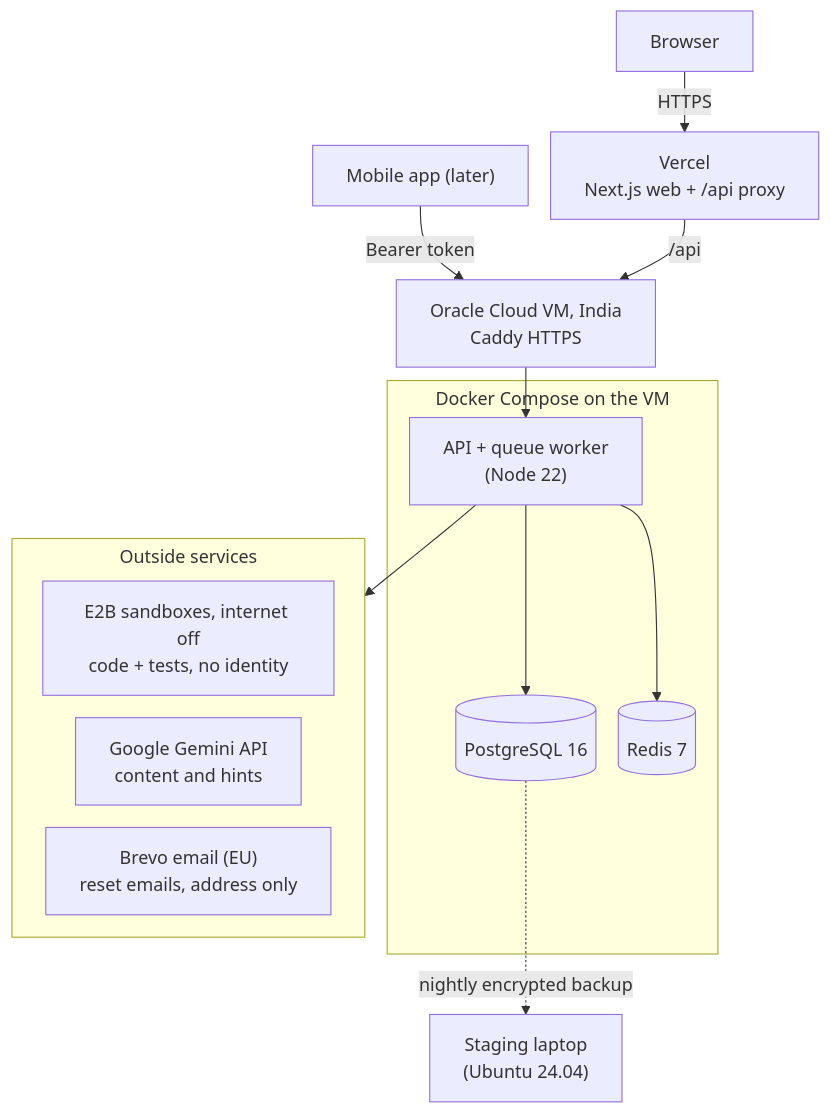
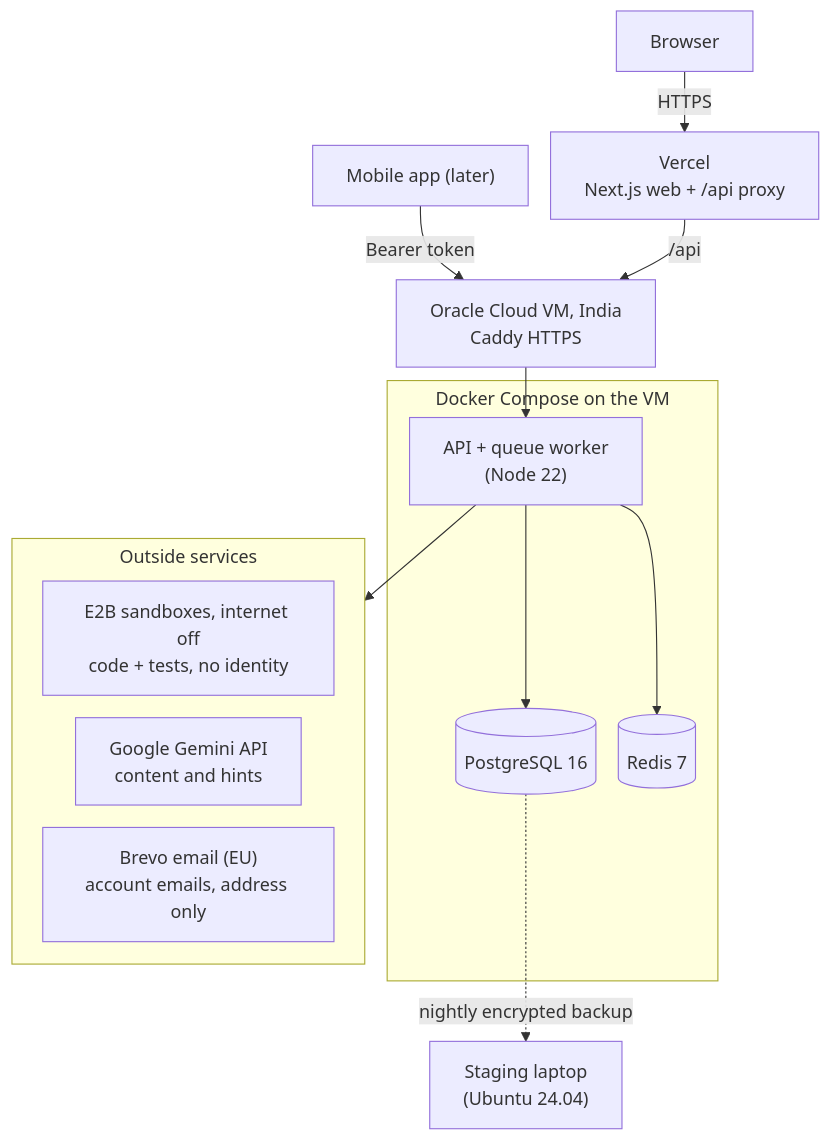
Before and after one commit to Nidanos/ai-tutor-platform: diagram 21 of 24 in DOCS/phase-3/MP3-Draft-Report.md, drawn with Mermaid. The commit also changed other lines of this file and 1 other file, not shown here.

````diff
--- a/DOCS/phase-3/MP3-Draft-Report.md
+++ b/DOCS/phase-3/MP3-Draft-Report.md
@@ -1321,30 +1388,30 @@
 ```mermaid
 ---
 config:
   flowchart:
     nodeSpacing: 20
     rankSpacing: 30
     subGraphTitleMargin:
       top: 4
       bottom: 14
 ---
 flowchart TB
   B["Browser"] -->|HTTPS| V["Vercel<br/>Next.js web + /api proxy"]
   M["Mobile app (later)"] -->|Bearer token| C
   V -->|/api| C["Oracle Cloud VM, India<br/>Caddy HTTPS"]
   subgraph VM["Docker Compose on the VM"]
     API["API + queue worker<br/>(Node 22)"]
     PG[("PostgreSQL 16")]
     RD[("Redis 7")]
   end
   subgraph EXT["Outside services"]
     E2B["E2B sandboxes, internet off<br/>code + tests, no identity"]
     G["Google Gemini API<br/>content and hints"]
-    BR["Brevo email (EU)<br/>reset emails, address only"]
+    BR["Brevo email (EU)<br/>account emails, address only"]
   end
   C --> API
   API --> PG
   API --> RD
   API --> EXT
   PG -.->|nightly encrypted backup| L["Staging laptop<br/>(Ubuntu 24.04)"]
 ```
````
